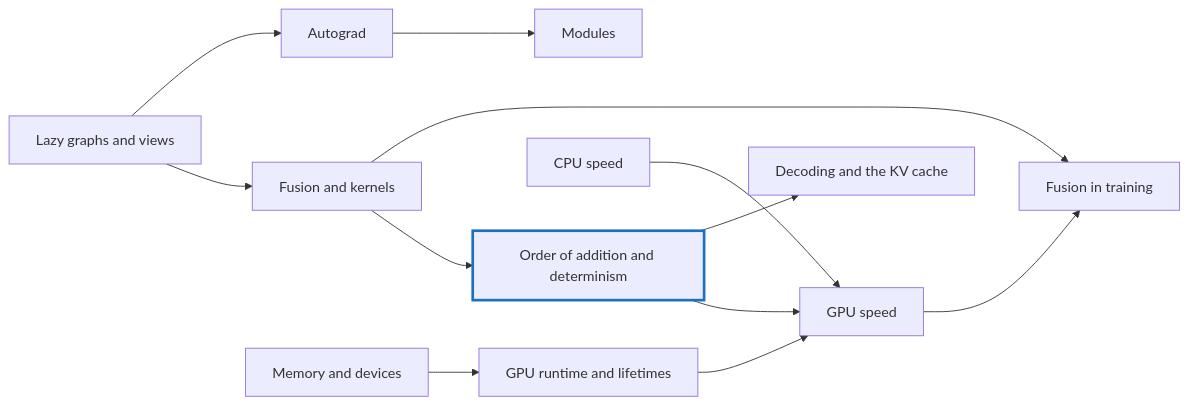
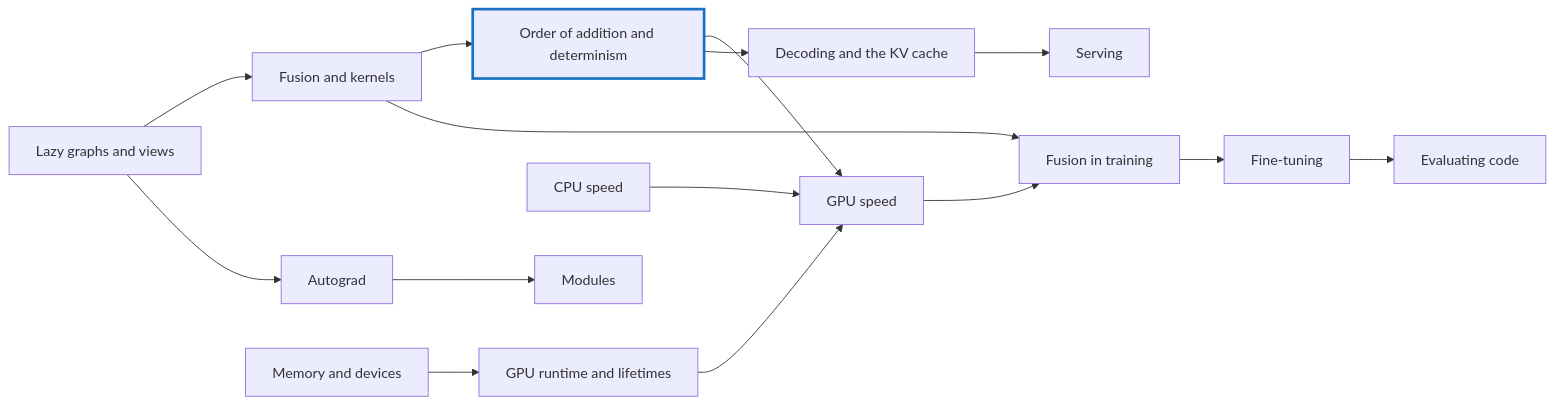
One commit to nogginly/tensomite.cr changed the diagram in faq/README.md. Above: the diagram before and after it, drawn with Mermaid. The commit also changed other lines of this file and 21 other files, not shown here.

First line of the commit message:
Record the code fine-tunes and add FAQ pages Q-BA to Q-BO

````diff
--- a/faq/README.md
+++ b/faq/README.md
@@ -7,15 +7,18 @@
 ```mermaid
 flowchart LR
     graphs["Lazy graphs and views"] --> fusion["Fusion and kernels"]
     graphs --> autograd["Autograd"]
     memory["Memory and devices"] --> runtime["GPU runtime and lifetimes"]
     fusion --> order["Order of addition and determinism"]
     order --> gpuspeed["GPU speed"]
     cpuspeed["CPU speed"] --> gpuspeed
     autograd --> modules["Modules"]
     order --> decode["Decoding and the KV cache"]
     runtime --> gpuspeed
     gpuspeed --> training["Fusion in training"]
     fusion --> training
+    decode --> serving["Serving"]
+    training --> finetune["Fine-tuning"]
+    finetune --> evaluate["Evaluating code"]
     style order stroke:#1971c2,stroke-width:3px
 ```
````
